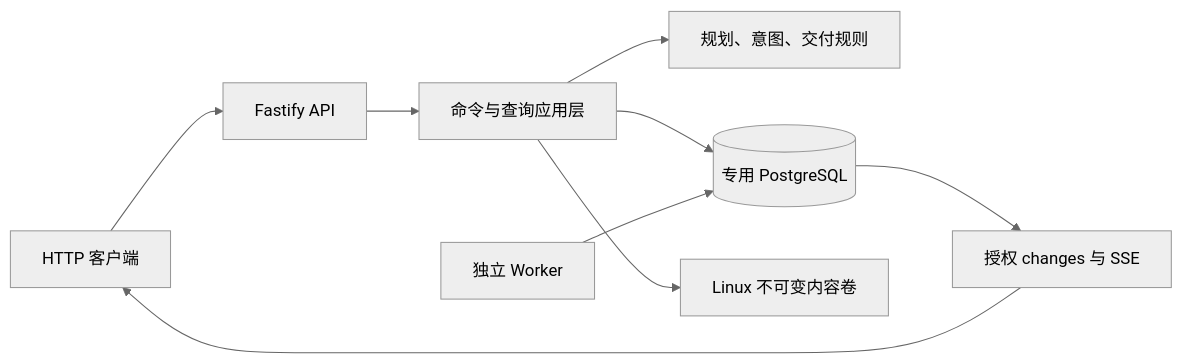
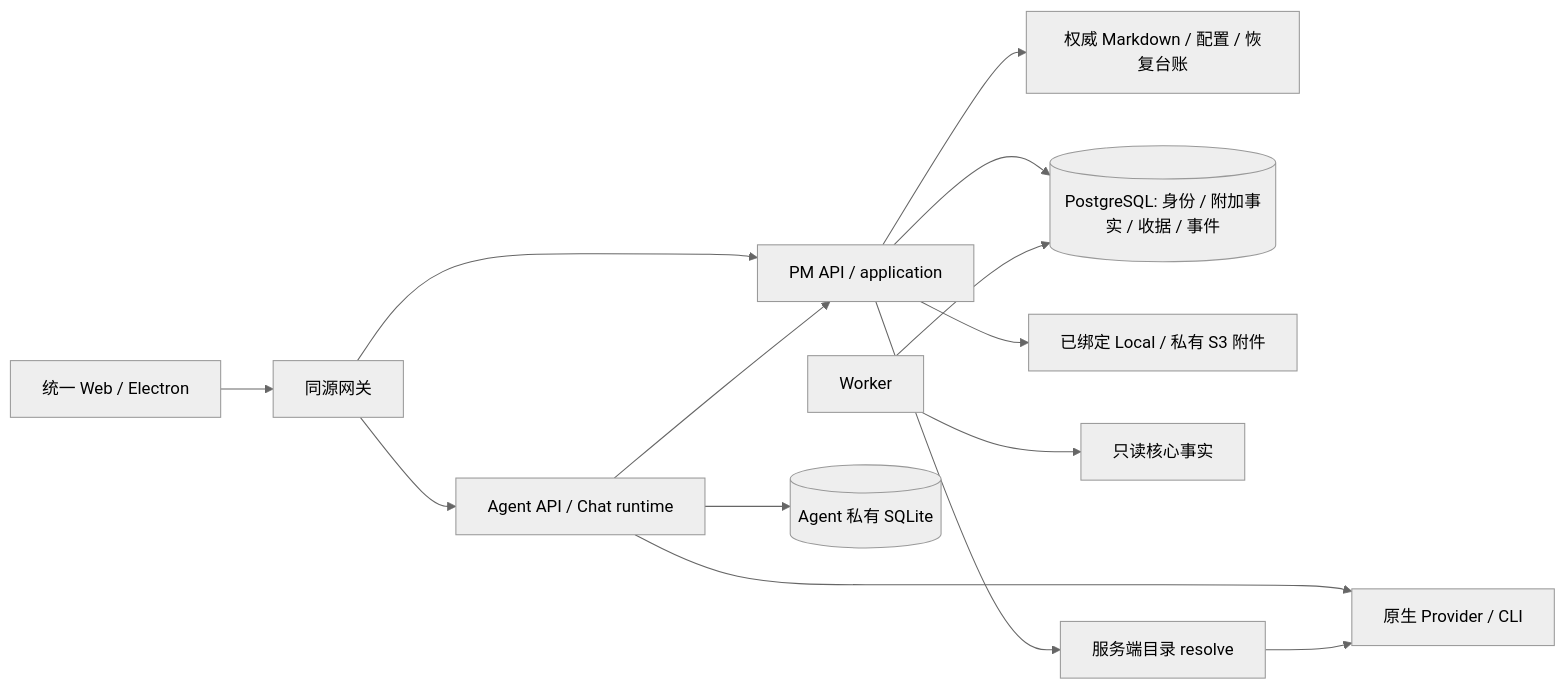
Before and after one commit to Crsei/project-management-agent-v4: the diagram in docs/architecture/context.md, drawn with Mermaid (neutral theme). The commit also changed other lines of this file and 2624 other files, not shown here.

````diff
--- a/docs/architecture/context.md
+++ b/docs/architecture/context.md
@@ -5,11 +5,16 @@
 ```mermaid
 flowchart LR
-    Client[HTTP 客户端] --> API[Fastify API]
-    API --> Application[命令与查询应用层]
-    Application --> Domain[规划、意图、交付规则]
-    Application --> PG[(专用 PostgreSQL)]
-    Application --> Blob[Linux 不可变内容卷]
-    Worker[独立 Worker] --> PG
-    PG --> SSE[授权 changes 与 SSE]
-    SSE --> Client
+    Client[统一 Web / Electron] --> Gateway[同源网关]
+    Gateway --> PM[PM API / application]
+    Gateway --> Agent[Agent API / Chat runtime]
+    PM --> Core[权威 Markdown / 配置 / 恢复台账]
+    PM --> PG[(PostgreSQL: 身份 / 附加事实 / 收据 / 事件)]
+    PM --> Blob[已绑定 Local / 私有 S3 附件]
+    Worker[Worker] --> PG
+    Worker --> CoreRead[只读核心事实]
+    Agent --> SQLite[(Agent 私有 SQLite)]
+    Agent --> Provider[原生 Provider / CLI]
+    Agent --> PM
+    PM --> Scope[服务端目录 resolve]
+    Scope --> Provider
 ```
````
